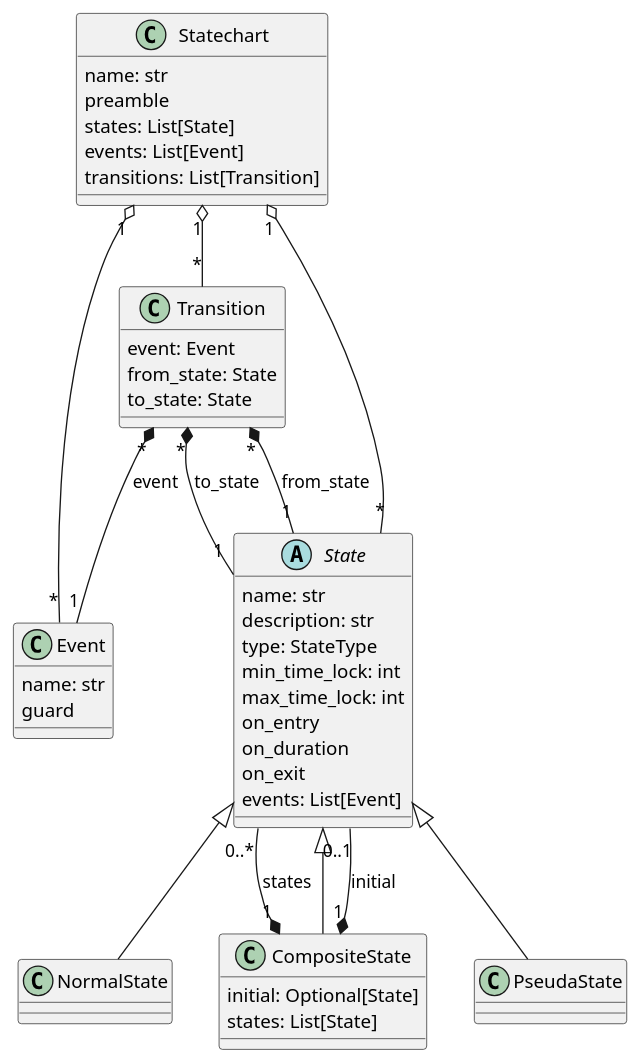
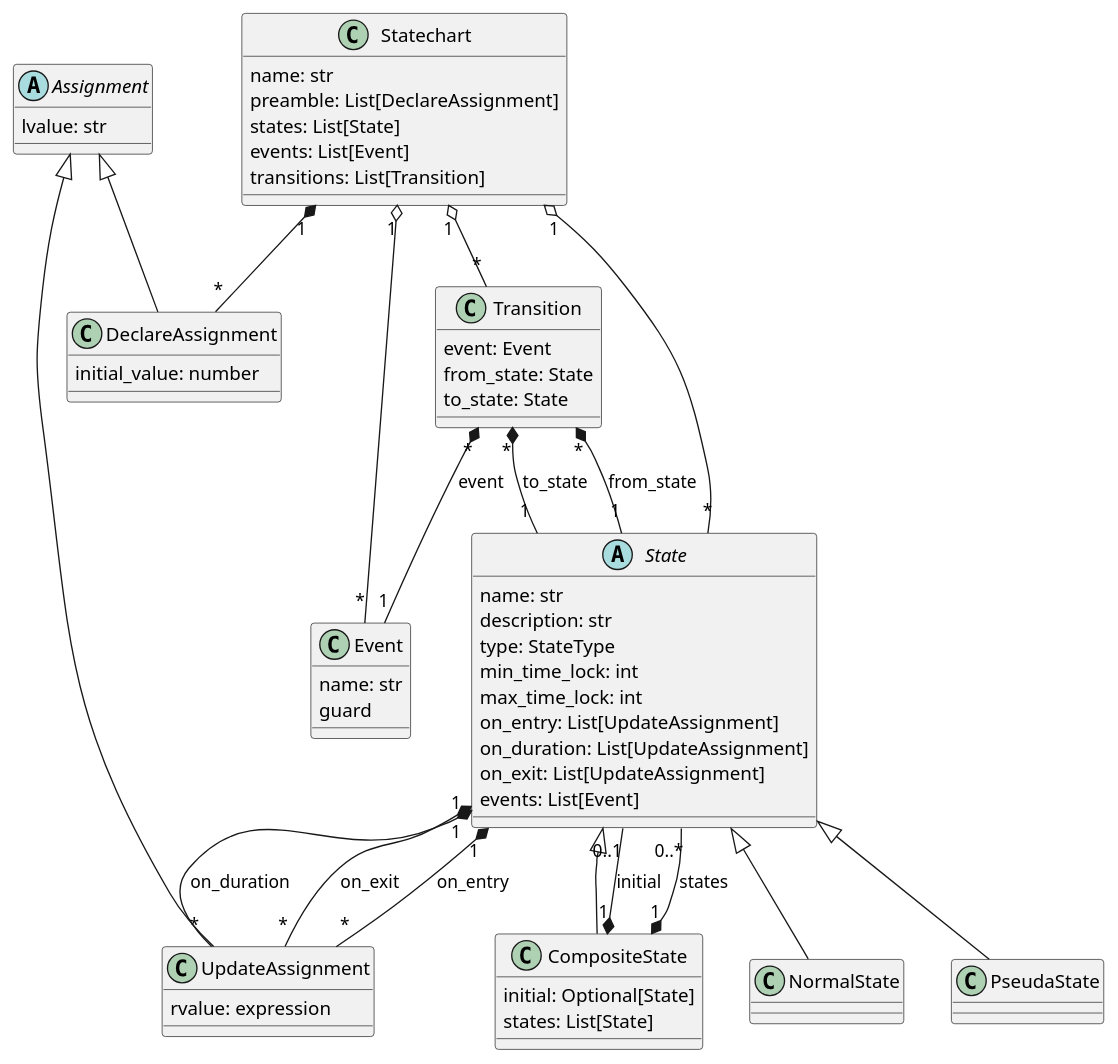
The diagram in docs/source/tutorials/quick_start/meta.puml (HansBug/pyfcstm), drawn with PlantUML before and after one commit. The commit also changed 1 other file, not shown here.

```diff
--- a/docs/source/tutorials/quick_start/meta.puml
+++ b/docs/source/tutorials/quick_start/meta.puml
@@ -1,61 +1,83 @@
 @startuml
 
 abstract class State {
     name: str
     description: str
     type: StateType
     min_time_lock: int
     max_time_lock: int
-    on_entry
-    on_duration
-    on_exit
+    on_entry: List[UpdateAssignment]
+    on_duration: List[UpdateAssignment]
+    on_exit: List[UpdateAssignment]
     events: List[Event]
 }
+
+State "1" *-- "*" UpdateAssignment: on_entry
+State "1" *-- "*" UpdateAssignment: on_duration
+State "1" *-- "*" UpdateAssignment: on_exit
 
 CompositeState -up-|> State
 
 class CompositeState {
     initial: Optional[State]
     states: List[State]
 }
 
 CompositeState "1" *-- "0..1" State : initial
 CompositeState "1" *-- "0..*" State : states
 
 NormalState -up-|> State
 
 class NormalState {
 }
 
 PseudaState -up-|> State
 
 class PseudaState {
 
 }
 
 class Event {
     name: str
     guard
 }
 
 class Transition {
     event: Event
     from_state: State
     to_state: State
 }
 Transition "*" *-- "1" State : from_state
 Transition "*" *-- "1" State : to_state
 Transition "*" *-- "1" Event : event
 
 class Statechart {
     name: str
-    preamble
+    preamble: List[DeclareAssignment]
     states: List[State]
     events: List[Event]
     transitions: List[Transition]
 }
 
+Statechart "1" *-- "*" DeclareAssignment
 Statechart "1" o-- "*" State
 Statechart "1" o-- "*" Event
 Statechart "1" o-- "*" Transition
+
+abstract class Assignment {
+    lvalue: str
+}
+
+class DeclareAssignment {
+    initial_value: number
+}
+
+DeclareAssignment -up-|> Assignment
+
+class UpdateAssignment {
+    rvalue: expression
+}
+
+UpdateAssignment -up-|> Assignment
+
 @enduml
```
